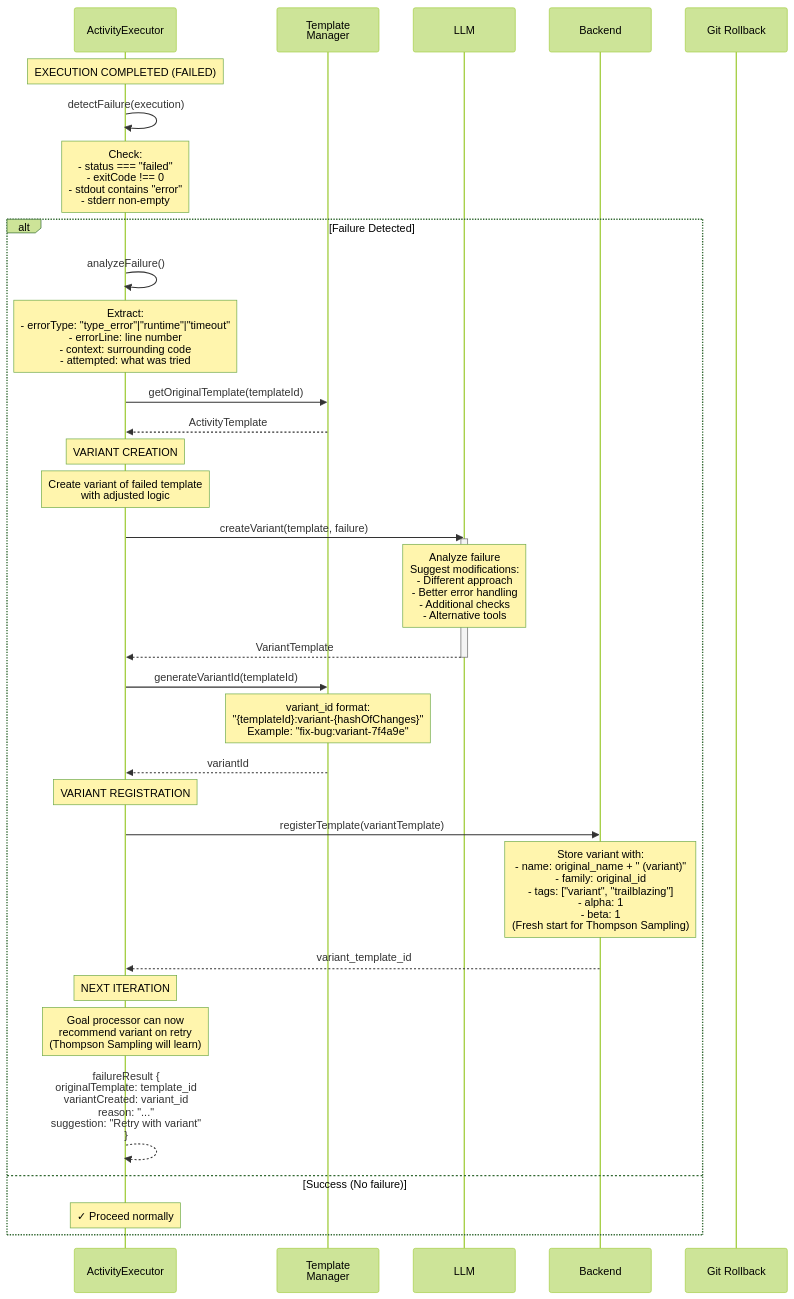
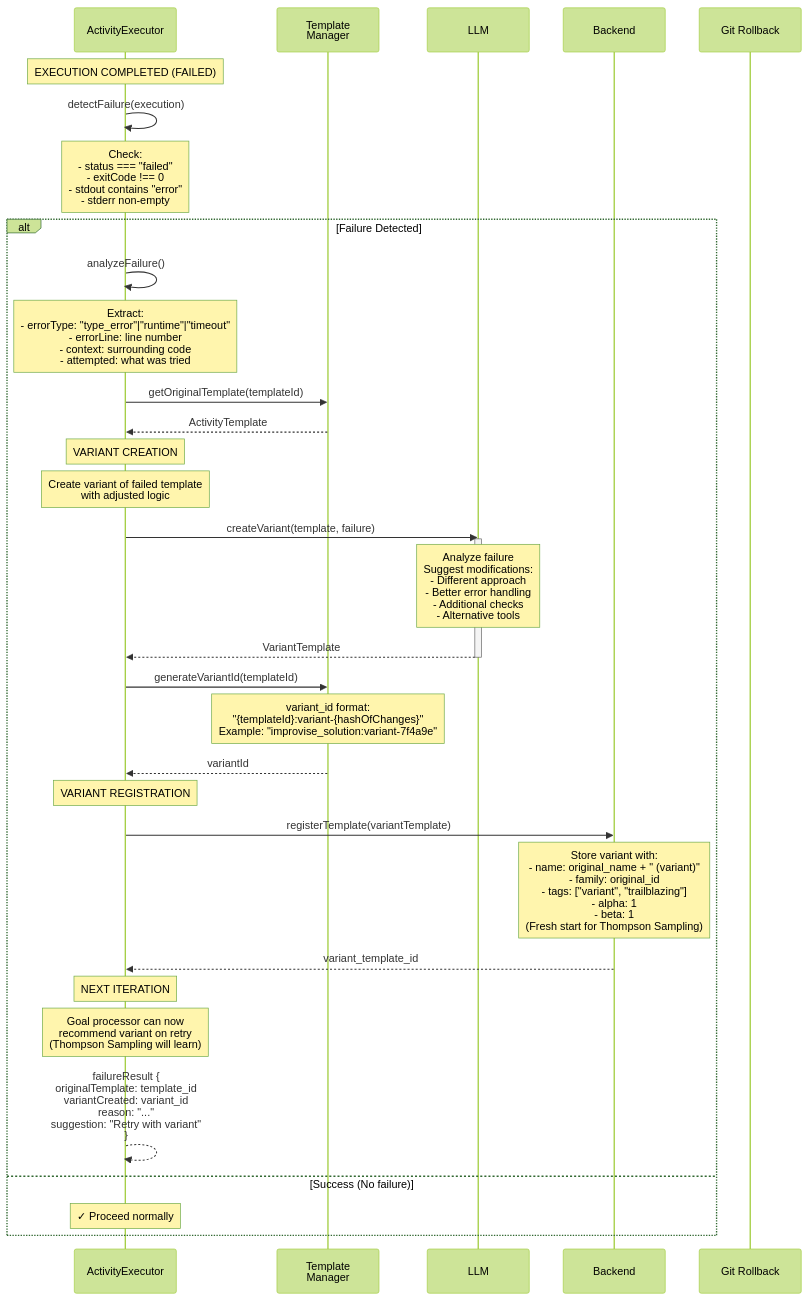
One commit to AviGopal/substrate changed the sixth of 8 diagrams in docs/architecture/sequences/04-improvisation-trailblazing.md. Above: the diagram before and after it, drawn with Mermaid (forest theme). The commit also changed other lines of this file and 3 other files, not shown here.

First line of the commit message:
docs(architecture): update sequence diagrams for composition-based architecture

````diff
--- a/docs/architecture/sequences/04-improvisation-trailblazing.md
+++ b/docs/architecture/sequences/04-improvisation-trailblazing.md
@@ -285,46 +553,46 @@
 ```mermaid
 sequenceDiagram
     participant Exec as ActivityExecutor
     participant Template as Template<br/>Manager
     participant LLM as LLM
     participant BE as Backend
     participant Git as Git Rollback
 
     Note over Exec: EXECUTION COMPLETED (FAILED)
 
     Exec->>Exec: detectFailure(execution)
     Note over Exec: Check:<br/>- status === "failed"<br/>- exitCode !== 0<br/>- stdout contains "error"<br/>- stderr non-empty
 
     alt Failure Detected
         Exec->>Exec: analyzeFailure()
         Note over Exec: Extract:<br/>- errorType: "type_error"|"runtime"|"timeout"<br/>- errorLine: line number<br/>- context: surrounding code<br/>- attempted: what was tried
 
         Exec->>Template: getOriginalTemplate(templateId)
         Template-->>Exec: ActivityTemplate
 
         Note over Exec: VARIANT CREATION
         Note over Exec: Create variant of failed template<br/>with adjusted logic
 
         Exec->>LLM: createVariant(template, failure)
         activate LLM
         Note over LLM: Analyze failure<br/>Suggest modifications:<br/>- Different approach<br/>- Better error handling<br/>- Additional checks<br/>- Alternative tools
         LLM-->>Exec: VariantTemplate
         deactivate LLM
 
         Exec->>Template: generateVariantId(templateId)
-        Note over Template: variant_id format:<br/>"{templateId}:variant-{hashOfChanges}"<br/>Example: "fix-bug:variant-7f4a9e"
+        Note over Template: variant_id format:<br/>"{templateId}:variant-{hashOfChanges}"<br/>Example: "improvise_solution:variant-7f4a9e"
         Template-->>Exec: variantId
 
         Note over Exec: VARIANT REGISTRATION
         Exec->>BE: registerTemplate(variantTemplate)
         Note over BE: Store variant with:<br/>- name: original_name + " (variant)"<br/>- family: original_id<br/>- tags: ["variant", "trailblazing"]<br/>- alpha: 1<br/>- beta: 1<br/>(Fresh start for Thompson Sampling)
         BE-->>Exec: variant_template_id
 
         Note over Exec: NEXT ITERATION
         Note over Exec: Goal processor can now<br/>recommend variant on retry<br/>(Thompson Sampling will learn)
 
         Exec-->>Exec: failureResult {<br/>  originalTemplate: template_id<br/>  variantCreated: variant_id<br/>  reason: "..."<br/>  suggestion: "Retry with variant"<br/>}
     else Success (No failure)
         Note over Exec: ✓ Proceed normally
     end
 ```
````
